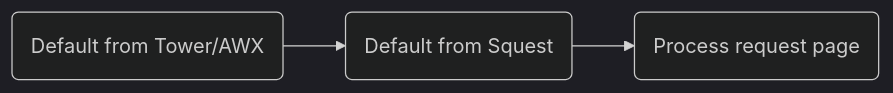
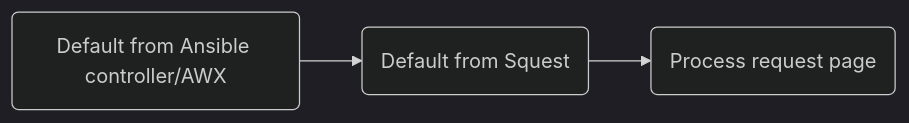
Before and after one commit to HewlettPackard/squest: the first of 2 diagrams in docs/manual/service_catalog/operation.md, drawn with Mermaid (dark theme). The commit also changed other lines of this file and 122 other files, not shown here.

Commit message:
Rename Tower to AnsibleController

````diff
--- a/docs/manual/service_catalog/operation.md
+++ b/docs/manual/service_catalog/operation.md
@@ -51,4 +53,4 @@
 ```mermaid
 flowchart LR
-    Tower(Default from Tower/AWX) --> Squest(Default from Squest) --> Process(Process request page)
+    AnsibleController(Default from Ansible controller/AWX) --> Squest(Default from Squest) --> Process(Process request page)
 ```
````
